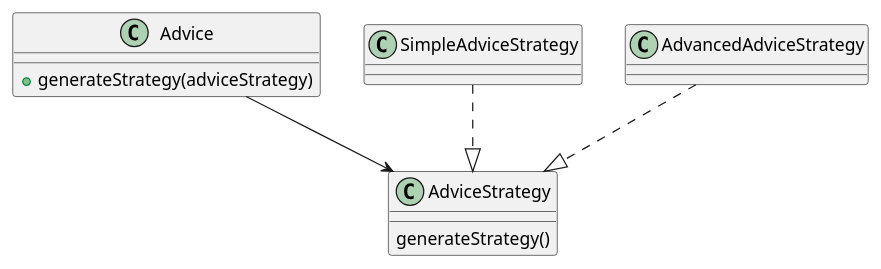
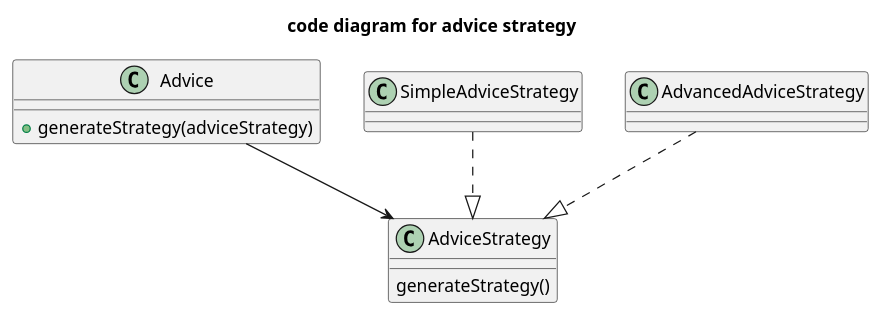
Before and after one commit to AIM-ENE-feb25/triptop-groep-tweeeeeeeeeeeeeeeeeeeeee: the diagram in timo c4 code diagram strategy.puml, drawn with PlantUML. The commit also changed 1 other file, not shown here.

```diff
--- a/timo c4 code diagram strategy.puml
+++ b/timo c4 code diagram strategy.puml
@@ -1,22 +1,23 @@
 @startuml
+title code diagram for advice strategy
 
 class Advice {
     + generateStrategy(adviceStrategy)
 }
 
 class AdviceStrategy {
     generateStrategy()
 }
 
 class SimpleAdviceStrategy{
 
 }
 
 class AdvancedAdviceStrategy{
 
 }
 
 Advice --> AdviceStrategy
 SimpleAdviceStrategy..|>AdviceStrategy
 AdvancedAdviceStrategy..|>AdviceStrategy
 @enduml
```
